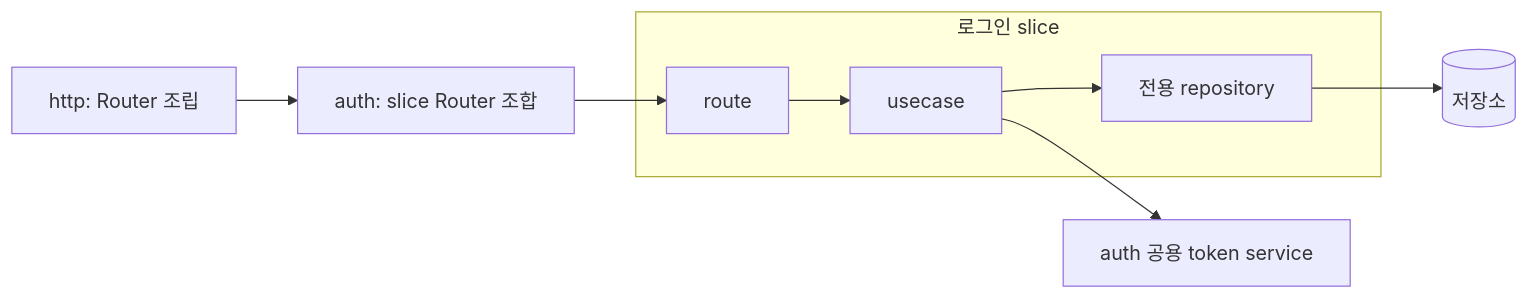
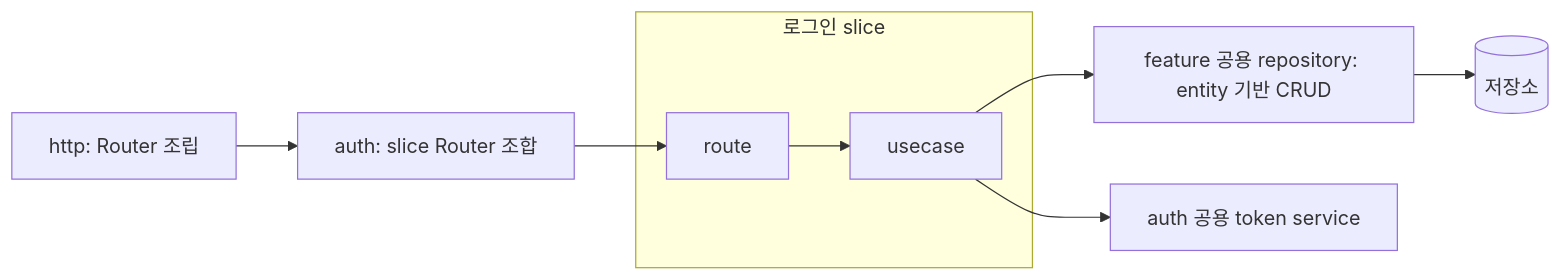
One commit to ghtak/tlab changed the diagram in docs/architecture/app-structure.md. Above: the diagram before and after it, drawn with Mermaid. The commit also changed other lines of this file and 22 other files, not shown here.

````diff
--- a/docs/architecture/app-structure.md
+++ b/docs/architecture/app-structure.md
@@ -143,11 +150,11 @@
 ```mermaid
 flowchart LR
     H[http: Router 조립] --> F[auth: slice Router 조합]
     subgraph L[로그인 slice]
         R[route] --> U[usecase]
-        U --> D[전용 repository]
-    end
+        end
+    U --> D[feature 공용 repository: entity 기반 CRUD]
     F --> R
     U --> S[auth 공용 token service]
     D --> DB[(저장소)]
 ```
````
